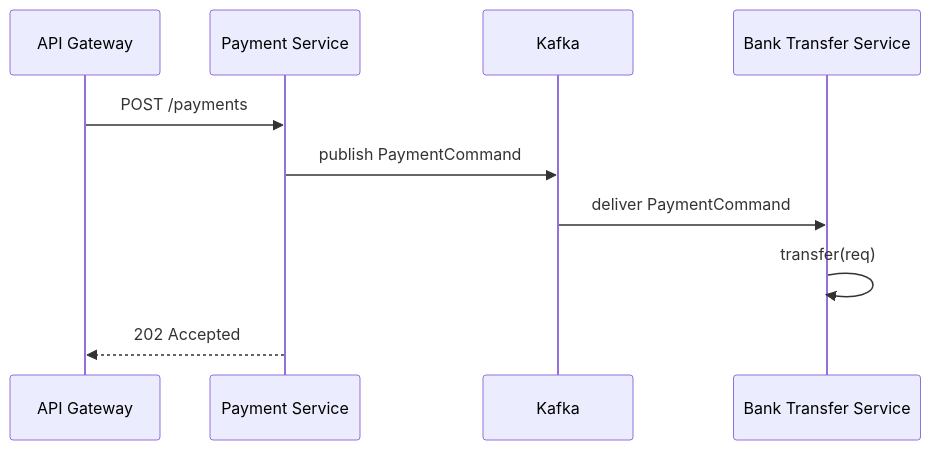
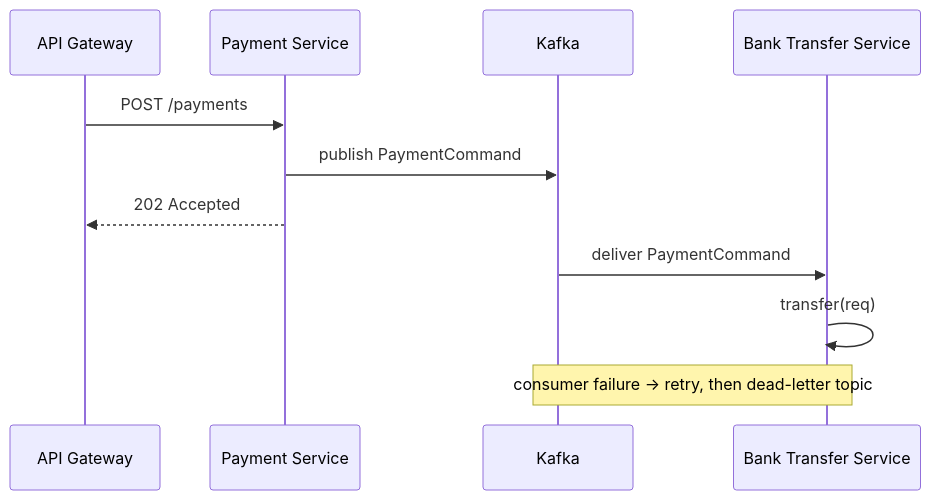
The fourth of 4 diagrams in skills/draft-adr/examples/option-tech-details-example.md (sjmyuan/gg-daily-workbench), drawn with Mermaid before and after one commit. The commit also changed other lines of this file and 12 other files, not shown here.

````diff
--- a/skills/draft-adr/examples/option-tech-details-example.md
+++ b/skills/draft-adr/examples/option-tech-details-example.md
@@ -147,13 +157,13 @@
 ```mermaid
 sequenceDiagram
-  %% Level: container — cross-system flow
   participant API as API Gateway
   participant PS as Payment Service
   participant K as Kafka
   participant BTS as Bank Transfer Service
   API->>PS: POST /payments
   PS->>K: publish PaymentCommand
+  PS-->>API: 202 Accepted
   K->>BTS: deliver PaymentCommand
   BTS->>BTS: transfer(req)
-  PS-->>API: 202 Accepted
+  Note over K,BTS: consumer failure → retry, then dead-letter topic
 ```
````
